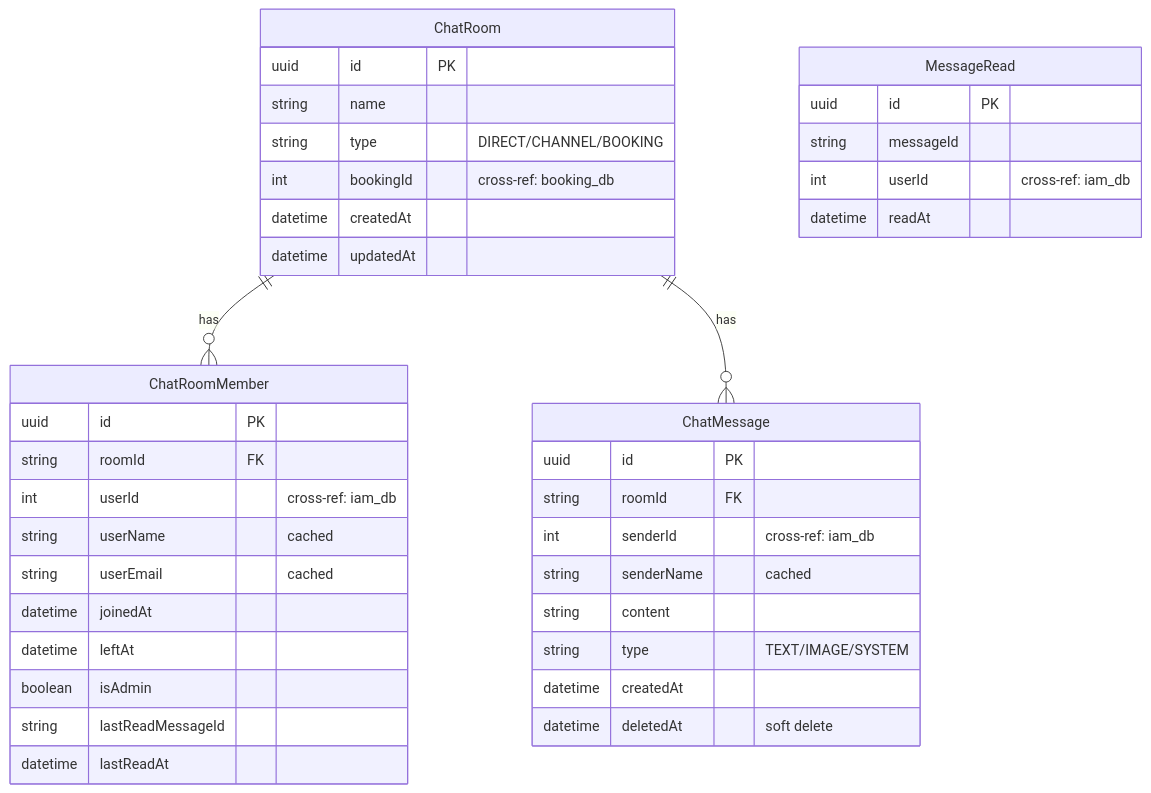
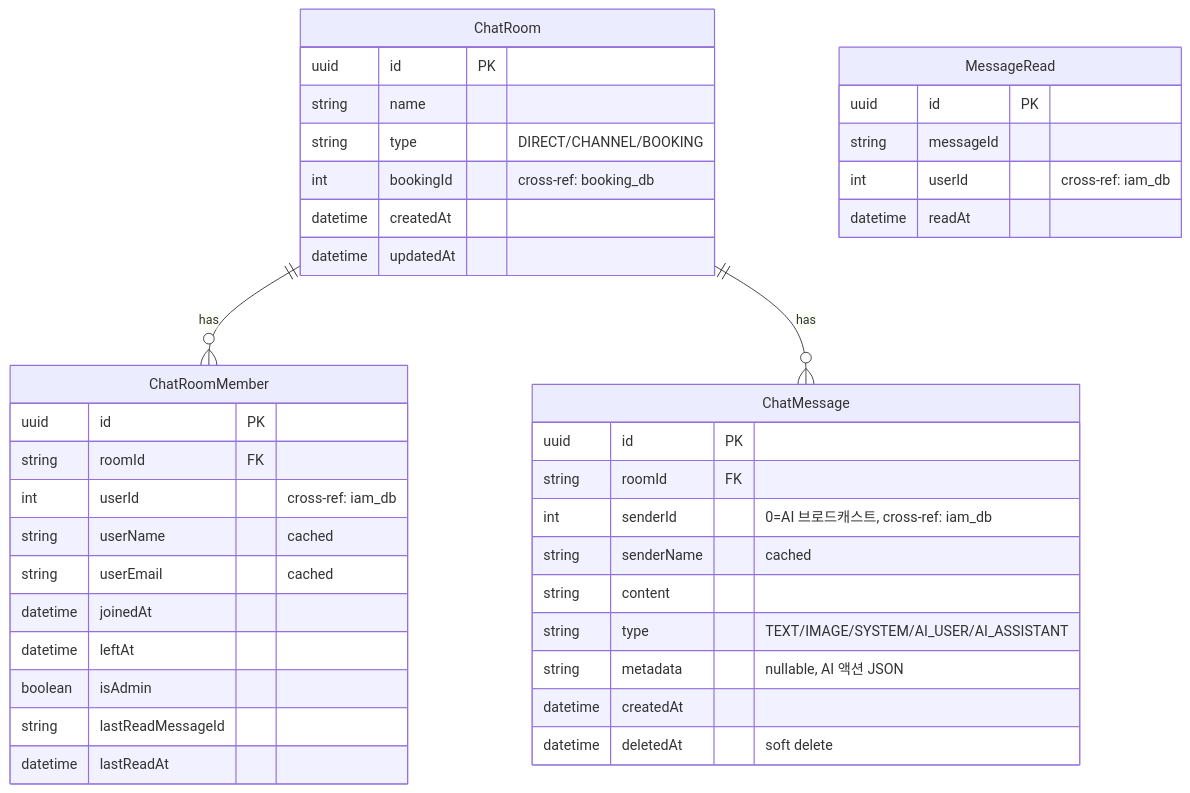
Before and after one commit to uniyous/parkgolf-platform: diagram 25 of 27 in docs/architecture/DATABASE.md, drawn with Mermaid. The commit also changed other lines of this file and 6 other files, not shown here.

First line of the commit message:
docs: 아키텍처/워크플로우 문서 현행화 및 SECURITY.md 추가

````diff
--- a/docs/architecture/DATABASE.md
+++ b/docs/architecture/DATABASE.md
@@ -1112,45 +1204,46 @@
 ```mermaid
 erDiagram
     ChatRoom ||--o{ ChatRoomMember : "has"
     ChatRoom ||--o{ ChatMessage : "has"
 
     ChatRoom {
         uuid id PK
         string name
         string type "DIRECT/CHANNEL/BOOKING"
         int bookingId "cross-ref: booking_db"
         datetime createdAt
         datetime updatedAt
     }
 
     ChatRoomMember {
         uuid id PK
         string roomId FK
         int userId "cross-ref: iam_db"
         string userName "cached"
         string userEmail "cached"
         datetime joinedAt
         datetime leftAt
         boolean isAdmin
         string lastReadMessageId
         datetime lastReadAt
     }
 
     ChatMessage {
         uuid id PK
         string roomId FK
-        int senderId "cross-ref: iam_db"
+        int senderId "0=AI 브로드캐스트, cross-ref: iam_db"
         string senderName "cached"
         string content
-        string type "TEXT/IMAGE/SYSTEM"
+        string type "TEXT/IMAGE/SYSTEM/AI_USER/AI_ASSISTANT"
+        string metadata "nullable, AI 액션 JSON"
         datetime createdAt
         datetime deletedAt "soft delete"
     }
 
     MessageRead {
         uuid id PK
         string messageId
         int userId "cross-ref: iam_db"
         datetime readAt
     }
 ```
````
